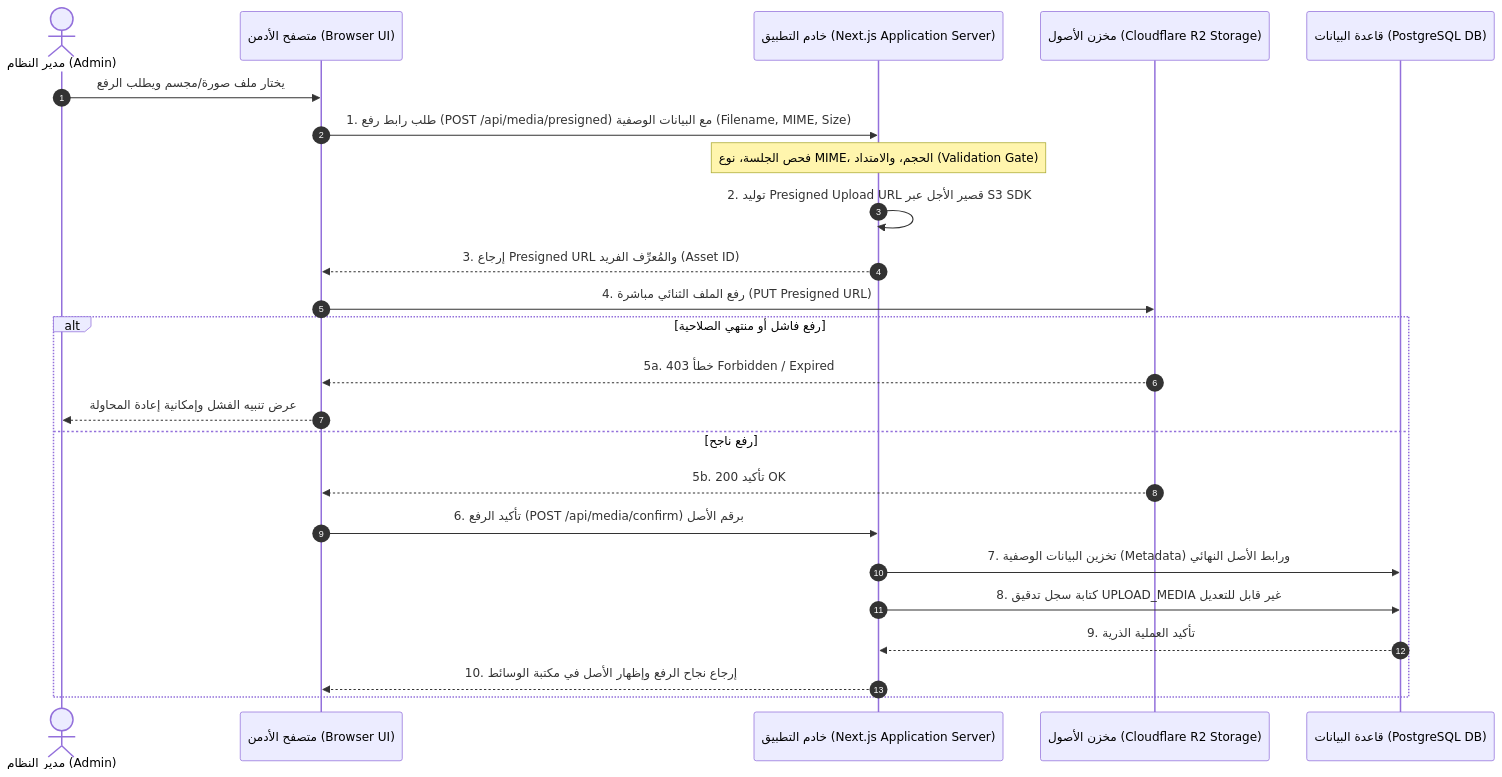
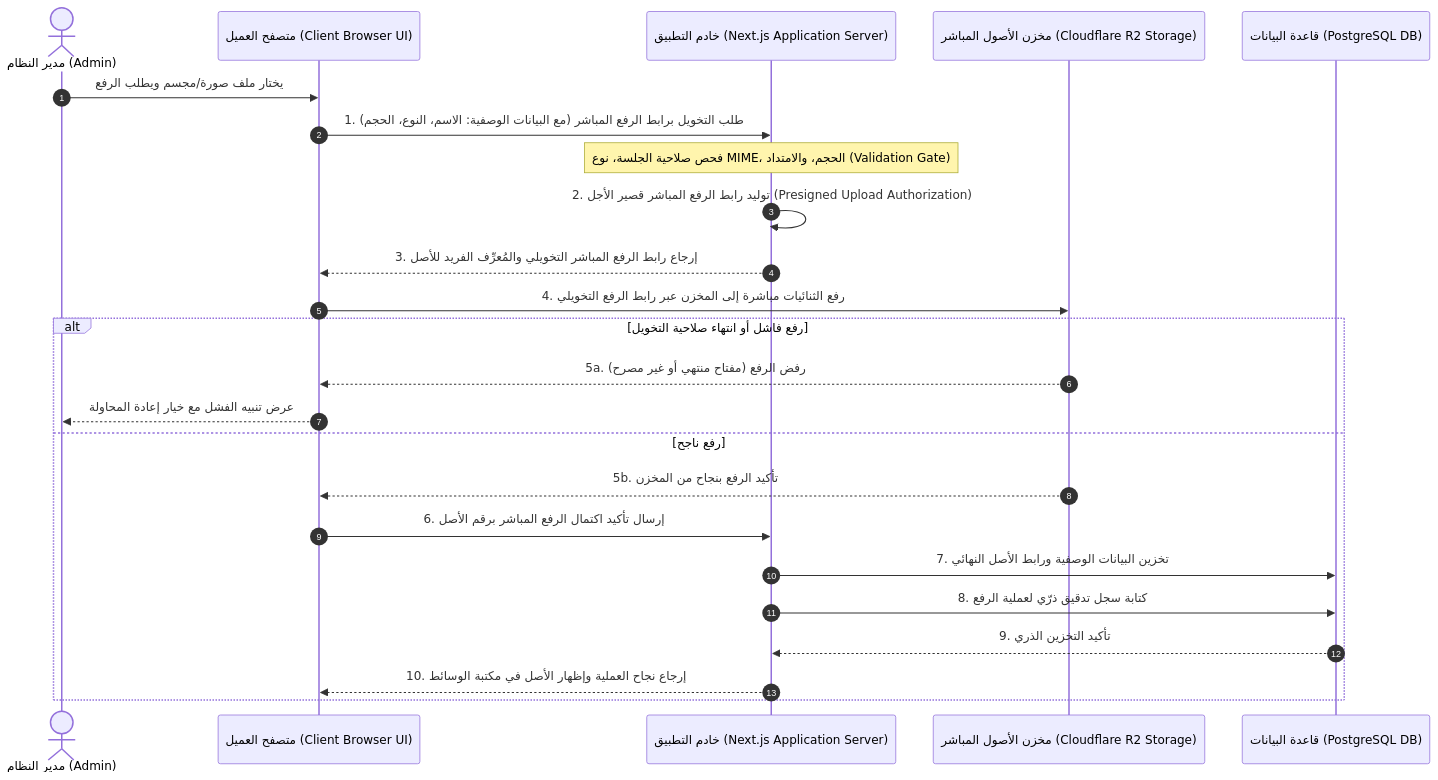
Before and after one commit to Eissaali11/maywebeissa: the third of 3 diagrams in docs/architecture/CONTEXT-MAP.md, drawn with Mermaid. The commit also changed other lines of this file and 1 other file, not shown here.

Commit message:
docs(arch): apply COO corrections — proposed decision wording, evidence-based microservices extraction, expanded quality gates, client browser actor & abstract upload flow

````diff
--- a/docs/architecture/CONTEXT-MAP.md
+++ b/docs/architecture/CONTEXT-MAP.md
@@ -124,36 +126,36 @@
 ```mermaid
 sequenceDiagram
     autonumber
     actor Admin as مدير النظام (Admin)
-    participant Browser as متصفح الأدمن (Browser UI)
+    participant Browser as متصفح العميل (Client Browser UI)
     participant AppServer as خادم التطبيق (Next.js Application Server)
-    participant R2Storage as مخزن الأصول (Cloudflare R2 Storage)
+    participant R2Storage as مخزن الأصول المباشر (Cloudflare R2 Storage)
     participant PostgresDB as قاعدة البيانات (PostgreSQL DB)
 
-    %% Step 1: Request Presigned URL
+    %% Step 1: Request Presigned URL Authorization
     Admin->>Browser: يختار ملف صورة/مجسم ويطلب الرفع
-    Browser->>AppServer: 1. طلب رابط رفع (POST /api/media/presigned) مع البيانات الوصفية (Filename, MIME, Size)
+    Browser->>AppServer: 1. طلب التخويل برابط الرفع المباشر (مع البيانات الوصفية: الاسم، النوع، الحجم)
 
-    note over AppServer: فحص الجلسة، نوع MIME، الحجم، والامتداد (Validation Gate)
+    note over AppServer: فحص صلاحية الجلسة، نوع MIME، الحجم، والامتداد (Validation Gate)
 
-    AppServer->>AppServer: 2. توليد Presigned Upload URL قصير الأجل عبر S3 SDK
+    AppServer->>AppServer: 2. توليد رابط الرفع المباشر قصير الأجل (Presigned Upload Authorization)
 
-    AppServer-->>Browser: 3. إرجاع Presigned URL والمُعرِّف الفريد (Asset ID)
+    AppServer-->>Browser: 3. إرجاع رابط الرفع المباشر التخويلي والمُعرِّف الفريد للأصل
 
     %% Step 2: Direct Binary Upload
-    Browser->>R2Storage: 4. رفع الملف الثنائي مباشرة (PUT Presigned URL)
+    Browser->>R2Storage: 4. رفع الثنائيات مباشرة إلى المخزن عبر رابط الرفع التخويلي
 
-    alt رفع فاشل أو منتهي الصلاحية
-        R2Storage-->>Browser: 5a. خطأ 403 Forbidden / Expired
-        Browser-->>Admin: عرض تنبيه الفشل وإمكانية إعادة المحاولة
+    alt رفع فاشل أو انتهاء صلاحية التخويل
+        R2Storage-->>Browser: 5a. رفض الرفع (مفتاح منتهي أو غير مصرح)
+        Browser-->>Admin: عرض تنبيه الفشل مع خيار إعادة المحاولة
     else رفع ناجح
-        R2Storage-->>Browser: 5b. تأكيد 200 OK
+        R2Storage-->>Browser: 5b. تأكيد الرفع بنجاح من المخزن
 
         %% Step 3: Metadata Confirmation
-        Browser->>AppServer: 6. تأكيد الرفع (POST /api/media/confirm) برقم الأصل
-        AppServer->>PostgresDB: 7. تخزين البيانات الوصفية (Metadata) ورابط الأصل النهائي
-        AppServer->>PostgresDB: 8. كتابة سجل تدقيق UPLOAD_MEDIA غير قابل للتعديل
-        PostgresDB-->>AppServer: 9. تأكيد العملية الذرية
-        AppServer-->>Browser: 10. إرجاع نجاح الرفع وإظهار الأصل في مكتبة الوسائط
+        Browser->>AppServer: 6. إرسال تأكيد اكتمال الرفع المباشر برقم الأصل
+        AppServer->>PostgresDB: 7. تخزين البيانات الوصفية ورابط الأصل النهائي
+        AppServer->>PostgresDB: 8. كتابة سجل تدقيق ذرّي لعملية الرفع
+        PostgresDB-->>AppServer: 9. تأكيد التخزين الذري
+        AppServer-->>Browser: 10. إرجاع نجاح العملية وإظهار الأصل في مكتبة الوسائط
     end
 ```
````
